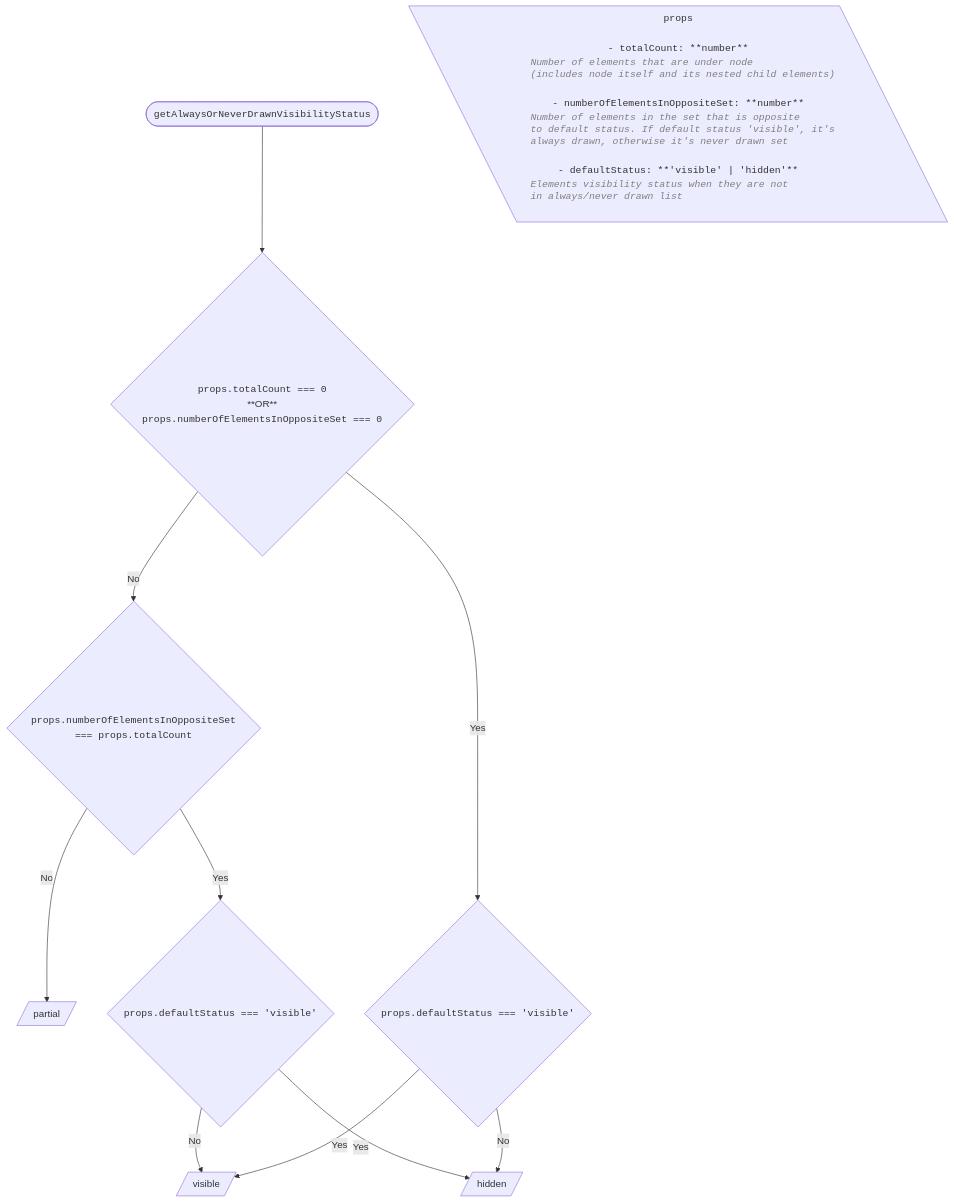
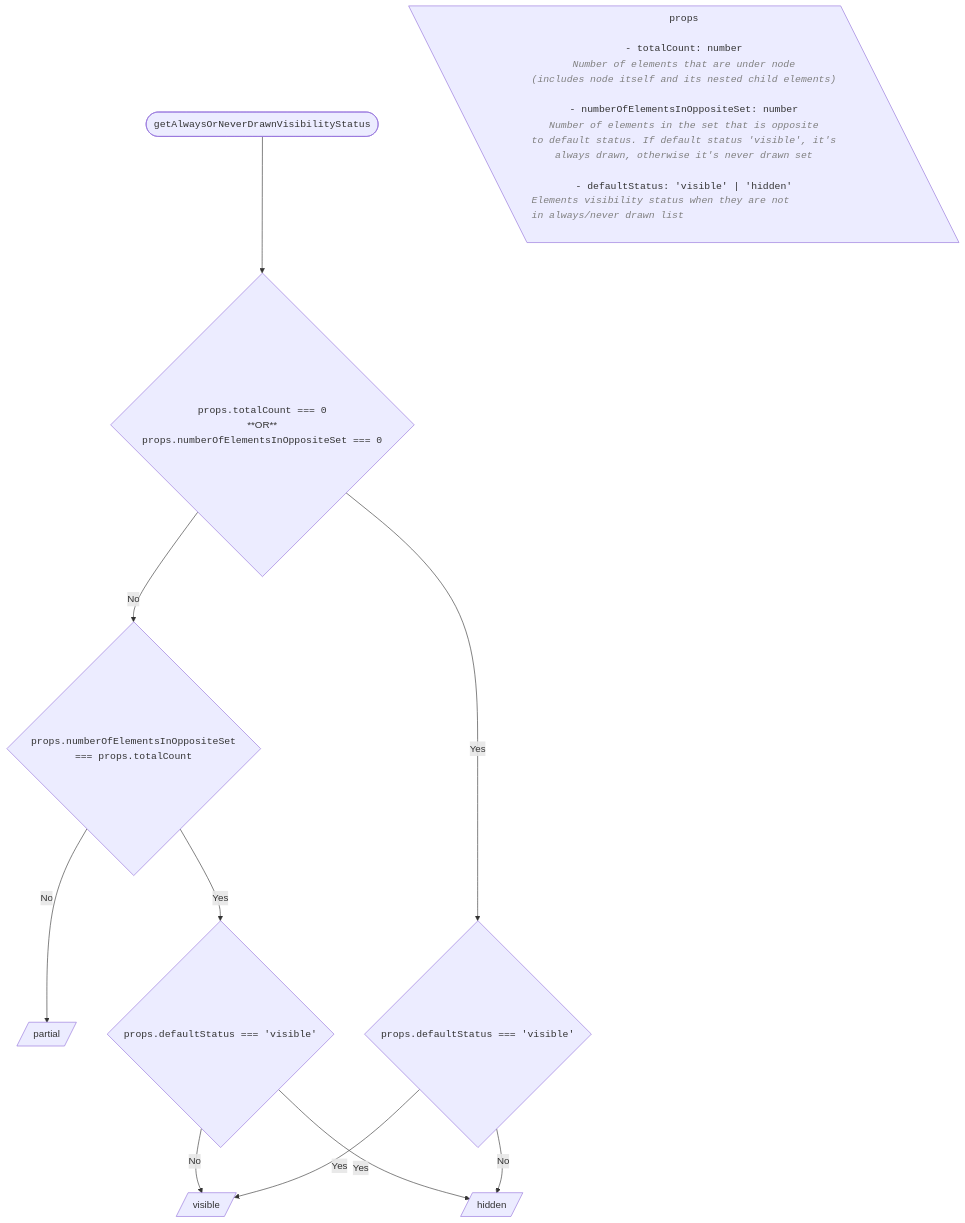
One commit to iTwin/viewer-components-react changed the sixth of 14 diagrams in packages/itwin/tree-widget/docs/SharedVisibilityHandling.md. Above: the diagram before and after it, drawn with Mermaid. The commit also changed other lines of this file and 4 other files, not shown here.

````diff
--- a/packages/itwin/tree-widget/docs/SharedVisibilityHandling.md
+++ b/packages/itwin/tree-widget/docs/SharedVisibilityHandling.md
@@ -402,56 +419,56 @@
 ```mermaid
 ---
 config:
   flowchart:
     wrappingWidth: 750
     useMaxWidth: false
 ---
 
 flowchart TD
   RESULT_Partial[/partial/]
   RESULT_Visible[/visible/]
   RESULT_Hidden[/hidden/]
 
   %% Start
   TITLE(["<code>getAlwaysOrNeverDrawnVisibilityStatus</code>"]) --> A{"<code>props.totalCount === 0</code><br/>**OR**<br/><code>props.numberOfElementsInOppositeSet === 0</code>"}
 
   PROPS[\"
     <code>props</code>
-    <code style='text-align: left; line-height: 1.2'>
-      - totalCount: **number**
+    <code style='text-align: left;'>
+      - totalCount: number
       %% need !important on color since to not take the config color
-     <span style='color: #808080 !important; font-style: italic; margin-top: 4px; display: block; margin-left: 15px'>Number of elements that are under node <br/> (includes node itself and its nested child elements)
+     <span style='color: #808080 !important; font-style: italic;'>Number of elements that are under node <br/> (includes node itself and its nested child elements)
      </span>
-      - numberOfElementsInOppositeSet: **number**
-      <span style='color: #808080 !important; font-style: italic; margin-top: 4px; display: block; margin-left: 15px'>Number of elements in the set that is opposite  <br/> to default status. If default status 'visible', it's  <br/> always drawn, otherwise it's never drawn set
+      - numberOfElementsInOppositeSet: number
+      <span style='color: #808080 !important; font-style: italic;'>Number of elements in the set that is opposite  <br/> to default status. If default status 'visible', it's  <br/> always drawn, otherwise it's never drawn set
       </span>
-      - defaultStatus: **'visible' | 'hidden'**
-      <span style='color: #808080 !important; font-style: italic; margin-top: 4px; display: block; margin-left: 15px'>Elements visibility status when they are not <br/>in always/never drawn list
+      - defaultStatus: 'visible' | 'hidden'
+      <span style='color: #808080 !important; font-style: italic; display: block;'>Elements visibility status when they are not <br/>in always/never drawn list
       </span>
     </code>
   "\]
 
   %% Branch Yes
   A -- Yes --> B1{"<code>props.defaultStatus === 'visible'</code>"}
 
     %% Branch Yes
     B1 -- Yes --> RESULT_Visible
 
     %% Branch No
     B1 -- No --> RESULT_Hidden
 
   %% Branch No
   A -- No --> B2{"<code>props.numberOfElementsInOppositeSet<br /> === props.totalCount</code>"}
 
     %% Branch No
     B2 -- No --> RESULT_Partial
 
     %% Branch Yes
     B2 -- Yes --> C{"<code>props.defaultStatus === 'visible'</code>"}
 
       %% Branch Yes
       C -- Yes --> RESULT_Hidden
 
       %% Branch No
       C -- No --> RESULT_Visible
 ```
````
